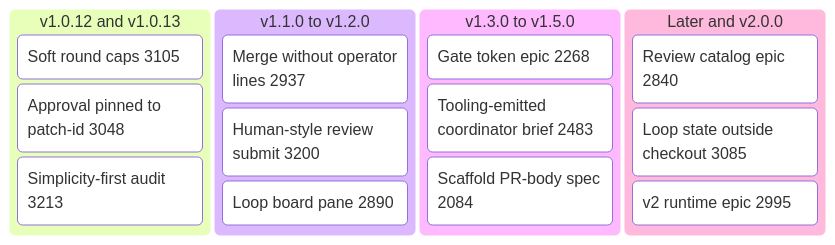
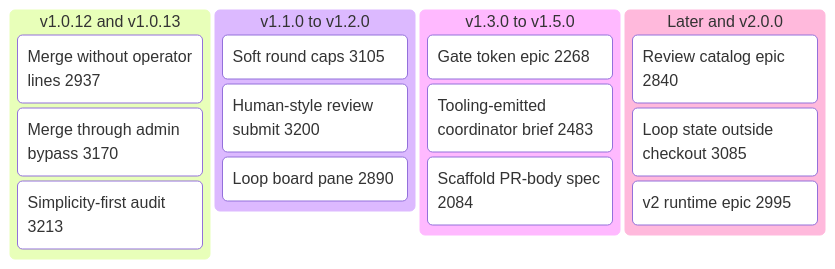
Before and after one commit to mfittko/dev-loops: the sixth of 11 diagrams in docs/atlas/14-roadmap.md, drawn with Mermaid. The commit also changed other lines of this file, not shown here.

First line of the commit message:
docs(atlas): refresh section 14-roadmap to f6619004d

````diff
--- a/docs/atlas/14-roadmap.md
+++ b/docs/atlas/14-roadmap.md
@@ -149,19 +149,19 @@
 ```mermaid
 kanban
   near[v1.0.12 and v1.0.13]
-    k3105[Soft round caps 3105]
-    k3048[Approval pinned to patch-id 3048]
+    k2937[Merge without operator lines 2937]
+    k3170[Merge through admin bypass 3170]
     k3213[Simplicity-first audit 3213]
   minor[v1.1.0 to v1.2.0]
-    k2937[Merge without operator lines 2937]
+    k3105[Soft round caps 3105]
     k3200[Human-style review submit 3200]
     k2890[Loop board pane 2890]
   later[v1.3.0 to v1.5.0]
     k2268[Gate token epic 2268]
     k2483[Tooling-emitted coordinator brief 2483]
     k2084[Scaffold PR-body spec 2084]
   far[Later and v2.0.0]
     k2840[Review catalog epic 2840]
     k3085[Loop state outside checkout 3085]
     k2995[v2 runtime epic 2995]
 ```
````
